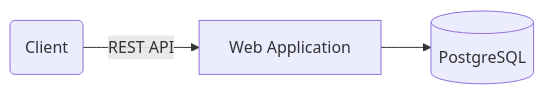
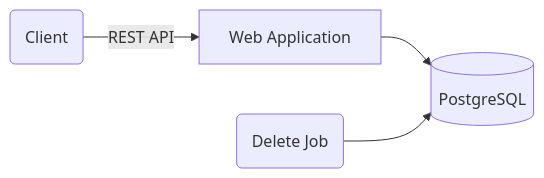
One commit to AndrewWhitaker/go-url-shortener changed the first of 2 diagrams in README.md. Above: the diagram before and after it, drawn with Mermaid. The commit also changed other lines of this file and 1 other file, not shown here.

````diff
--- a/README.md
+++ b/README.md
@@ -77,5 +97,6 @@
 ```mermaid
 graph LR
-    A(Client) -->|REST API| B[Web Application]
-    B --> C[(PostgreSQL)]
+  A(Client) -->|REST API| B[Web Application]
+  B --> C[(PostgreSQL)]
+  D(Delete Job) --> C
 ```
````
